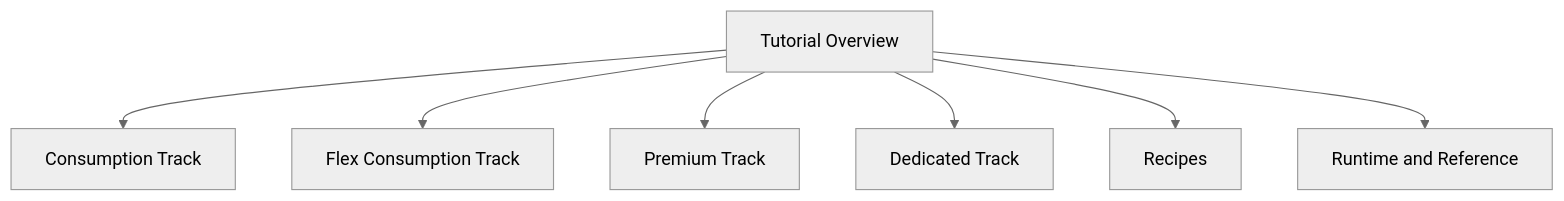
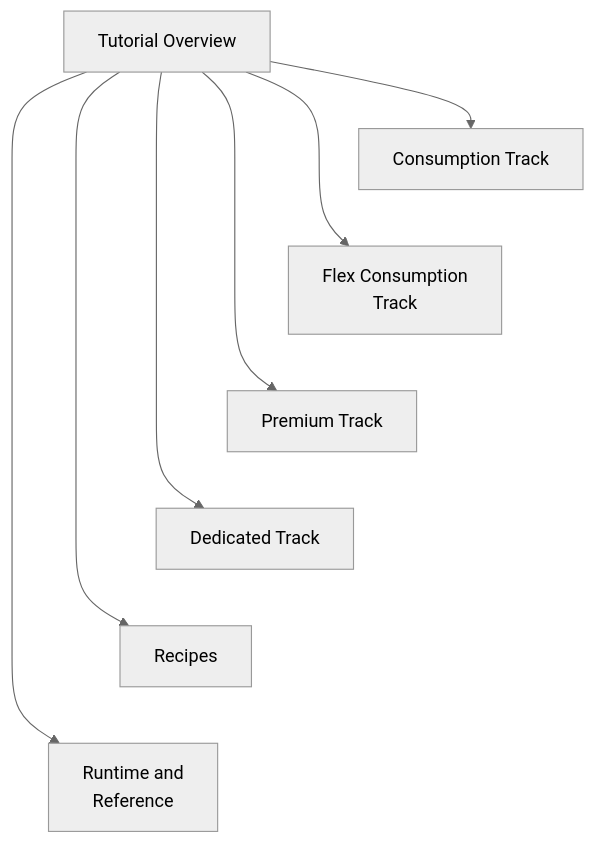
Before and after one commit to yeongseon/azure-functions-practical-guide: the diagram in docs/language-guides/python/index.md, drawn with Mermaid (neutral theme). The commit also changed other lines of this file and 4 other files, not shown here.

First line of the commit message:
docs(diagrams): improve Python navigation and reference readability (#532)

````diff
--- a/docs/language-guides/python/index.md
+++ b/docs/language-guides/python/index.md
@@ -28,10 +28,18 @@
 ```mermaid
 flowchart TD
+    accTitle: Python guide tutorial and reference pages
+    accDescr: Maps this guide's pages, not an Azure architecture. Tutorial Overview branches to Consumption, Flex Consumption, Premium, Dedicated, Recipes, and Runtime and Reference; arrows are navigation categories, not service connections or a recommendation to deploy every plan.
     A[Tutorial Overview]
     A --> B[Consumption Track]
-    A --> C[Flex Consumption Track]
+    A --> C["Flex Consumption<br/>Track"]
     A --> D[Premium Track]
     A --> E[Dedicated Track]
     A --> F[Recipes]
-    A --> G[Runtime and Reference]
+    A --> G["Runtime and<br/>Reference"]
+    %% Layout-only links tier destinations; they add no navigation relationships or arrows.
+    B ~~~ C
+    C ~~~ D
+    D ~~~ E
+    E ~~~ F
+    F ~~~ G
 ```
````
